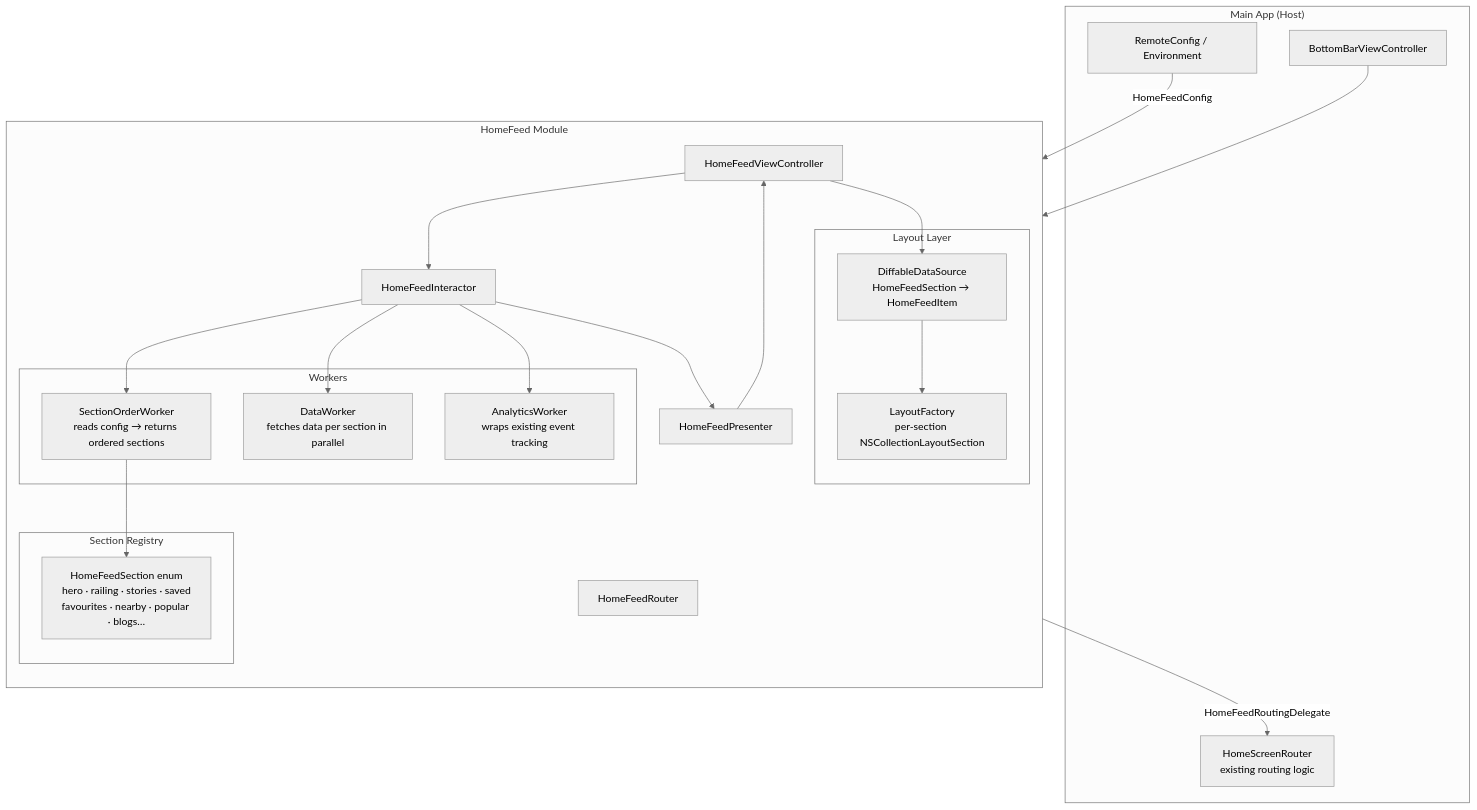
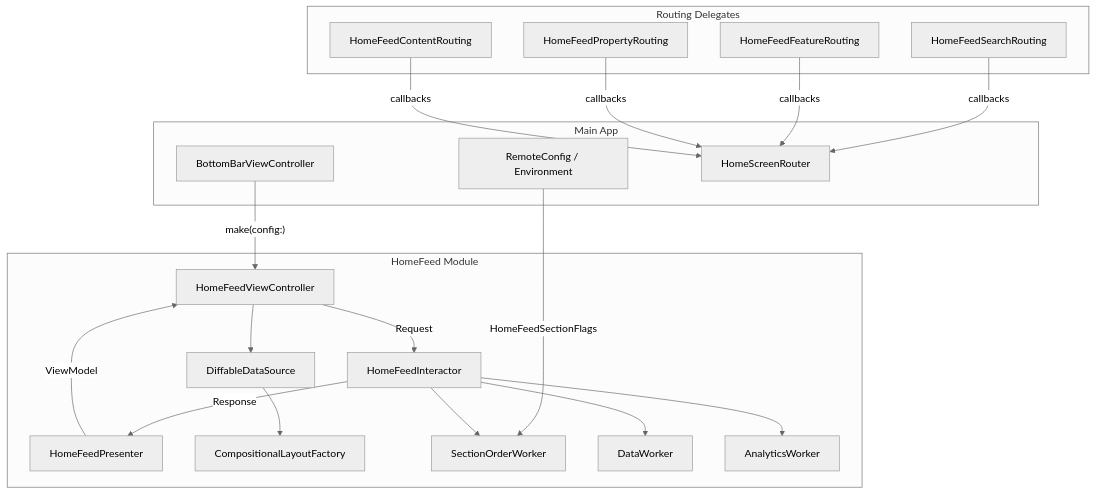
Before and after one commit to abid-zameen/ios-bayut-home: the first of 5 diagrams in README.md, drawn with Mermaid (neutral theme). The commit also changed other lines of this file, not shown here.

Commit message:
Making some more changes in home layout

````diff
--- a/README.md
+++ b/README.md
@@ -34,39 +38,35 @@
 ```mermaid
-graph TB
-    subgraph MainApp["Main App (Host)"]
-        BA[BottomBarViewController]
-        RC[RemoteConfig / Environment]
-        RT[HomeScreenRouter\nexisting routing logic]
+graph TD
+    subgraph MainApp["Main App"]
+        BB["BottomBarViewController"]
+        RC["RemoteConfig / Environment"]
+        HSR["HomeScreenRouter"]
     end
 
     subgraph HomeFeedModule["HomeFeed Module"]
-        direction TB
-        VC[HomeFeedViewController]
-        I[HomeFeedInteractor]
-        P[HomeFeedPresenter]
-        R[HomeFeedRouter]
-
-        subgraph Layout["Layout Layer"]
-            LF[LayoutFactory\nper-section NSCollectionLayoutSection]
-            DS[DiffableDataSource\nHomeFeedSection → HomeFeedItem]
-        end
-
-        subgraph Sections["Section Registry"]
-            SE[HomeFeedSection enum\nhero · railing · stories · saved\nfavourites · nearby · popular · blogs…]
-        end
-
-        subgraph Workers["Workers"]
-            OW[SectionOrderWorker\nreads config → returns ordered sections]
-            DW[DataWorker\nfetches data per section in parallel]
-            AW[AnalyticsWorker\nwraps existing event tracking]
-        end
+        VC["HomeFeedViewController"]
+        I["HomeFeedInteractor"]
+        P["HomeFeedPresenter"]
+        DS["DiffableDataSource"]
+        LF["CompositionalLayoutFactory"]
+        OW["SectionOrderWorker"]
+        DW["DataWorker"]
+        AW["AnalyticsWorker"]
     end
 
-    RC -->|HomeFeedConfig| I
-    BA --> VC
-    R -->|HomeFeedRoutingDelegate| RT
-    VC --> I --> P --> VC
+    subgraph RoutingDelegates["Routing Delegates"]
+        SR["HomeFeedSearchRouting"]
+        FR["HomeFeedFeatureRouting"]
+        PR["HomeFeedPropertyRouting"]
+        CR["HomeFeedContentRouting"]
+    end
+
+    BB -->|"make(config:)"| VC
+    RC -->|HomeFeedSectionFlags| OW
+    VC -->|Request| I
+    I -->|Response| P
+    P -->|ViewModel| VC
+    VC --> DS --> LF
     I --> OW & DW & AW
-    VC --> DS --> LF
-    OW --> SE
+    SR & FR & PR & CR -->|callbacks| HSR
 ```
````
